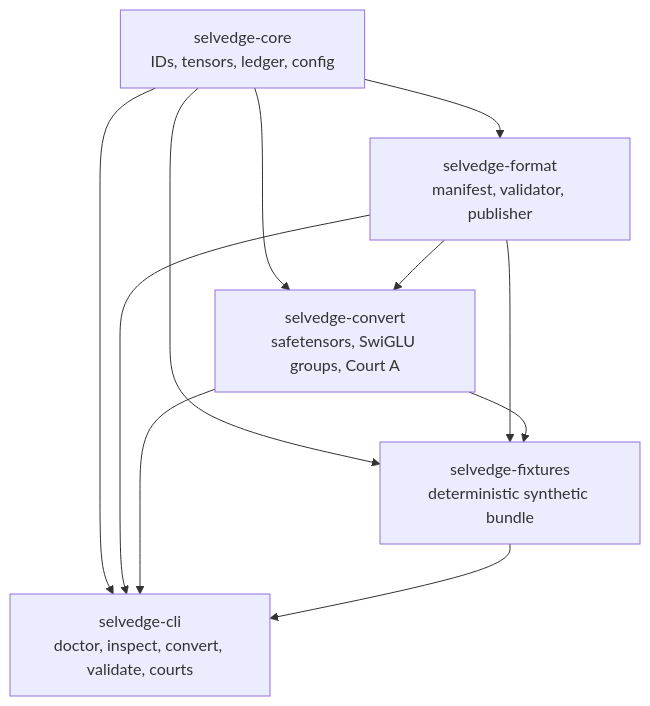
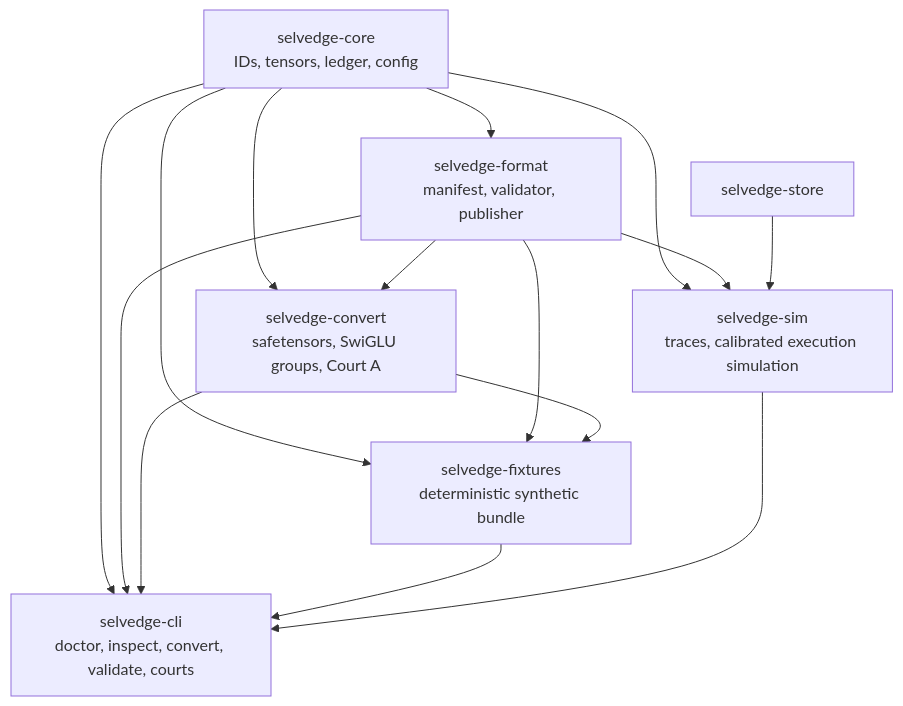
The first of 5 diagrams in docs/ARCHITECTURE.md (infinityabundance/SELVEDGE), drawn with Mermaid before and after one commit. The commit also changed other lines of this file and 32 other files, not shown here.

````diff
--- a/docs/ARCHITECTURE.md
+++ b/docs/ARCHITECTURE.md
@@ -11,19 +11,24 @@
 ```mermaid
 flowchart TD
     core[selvedge-core<br/>IDs, tensors, ledger, config]
     format[selvedge-format<br/>manifest, validator, publisher]
     convert[selvedge-convert<br/>safetensors, SwiGLU groups, Court A]
     fixtures[selvedge-fixtures<br/>deterministic synthetic bundle]
     cli[selvedge-cli<br/>doctor, inspect, convert, validate, courts]
+    sim[selvedge-sim<br/>traces, calibrated execution simulation]
 
     core --> format
     core --> convert
     format --> convert
     core --> fixtures
     format --> fixtures
     convert --> fixtures
     core --> cli
     format --> cli
     convert --> cli
     fixtures --> cli
+    core --> sim
+    format --> sim
+    store[selvedge-store] --> sim
+    sim --> cli
 ```
````
